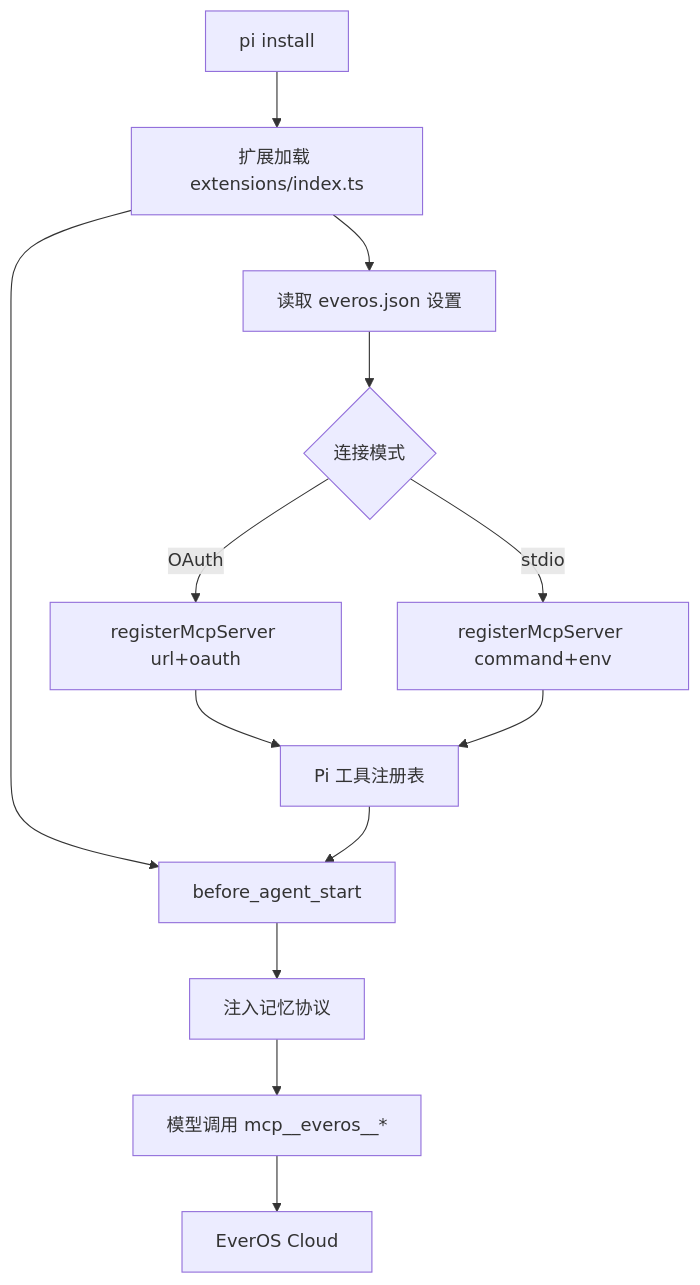
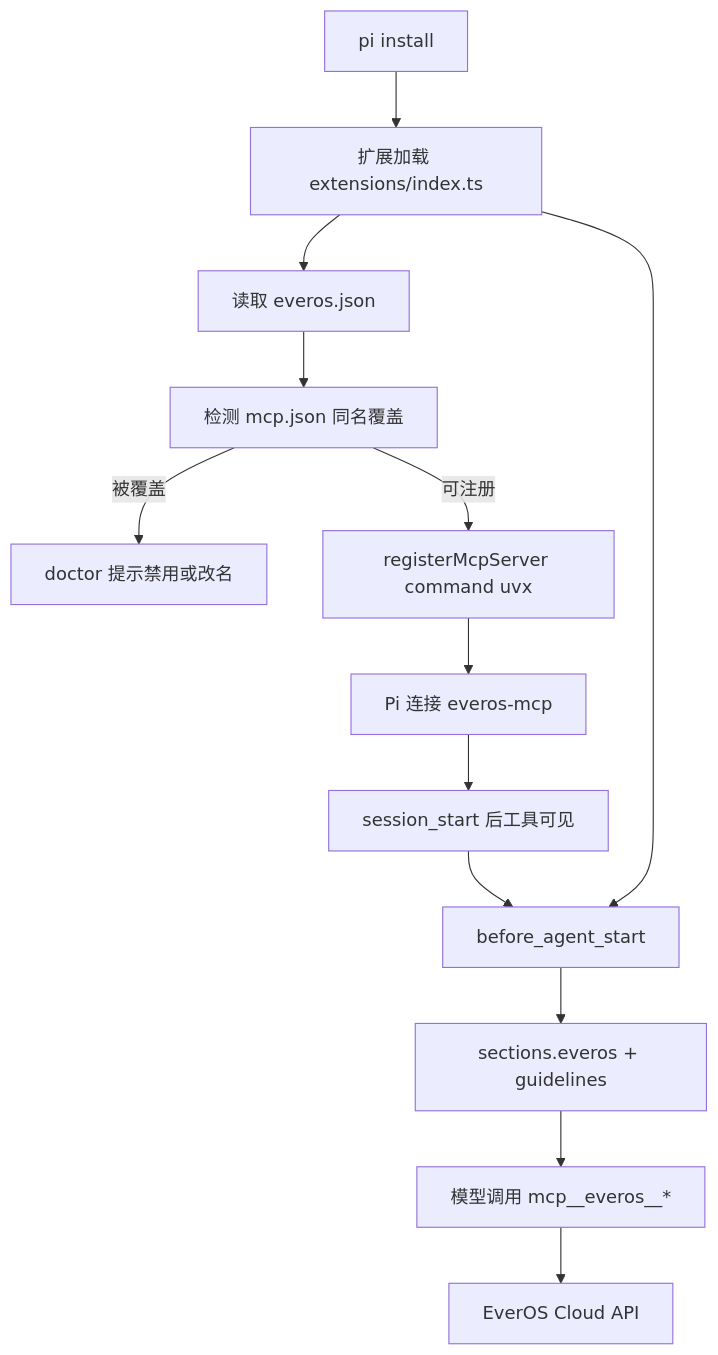
One commit to Chasen-Liao/pi-everos changed the diagram in Plan.md. Above: the diagram before and after it, drawn with Mermaid. The commit also changed other lines of this file and 29 other files, not shown here.

First line of the commit message:
feat: ship pi-everos 0.1.0 with uvx MCP memory protocol

````diff
--- a/Plan.md
+++ b/Plan.md
@@ -54,15 +72,15 @@
 ```mermaid
 flowchart TD
   A[pi install] --> B[扩展加载 extensions/index.ts]
-  B --> C[读取 everos.json 设置]
-  C --> D{连接模式}
-  D -->|OAuth| E[registerMcpServer url+oauth]
-  D -->|stdio| F[registerMcpServer command+env]
-  E --> G[Pi 工具注册表]
-  F --> G
-  B --> H[before_agent_start]
-  G --> H
-  H --> I[注入记忆协议]
-  I --> J[模型调用 mcp__everos__*]
-  J --> K[EverOS Cloud]
+  B --> C[读取 everos.json]
+  C --> D[检测 mcp.json 同名覆盖]
+  D -->|被覆盖| E[doctor 提示禁用或改名]
+  D -->|可注册| F[registerMcpServer command uvx]
+  F --> G[Pi 连接 everos-mcp]
+  G --> H[session_start 后工具可见]
+  B --> I[before_agent_start]
+  H --> I
+  I --> J[sections.everos + guidelines]
+  J --> K[模型调用 mcp__everos__*]
+  K --> L[EverOS Cloud API]
 ```
````
